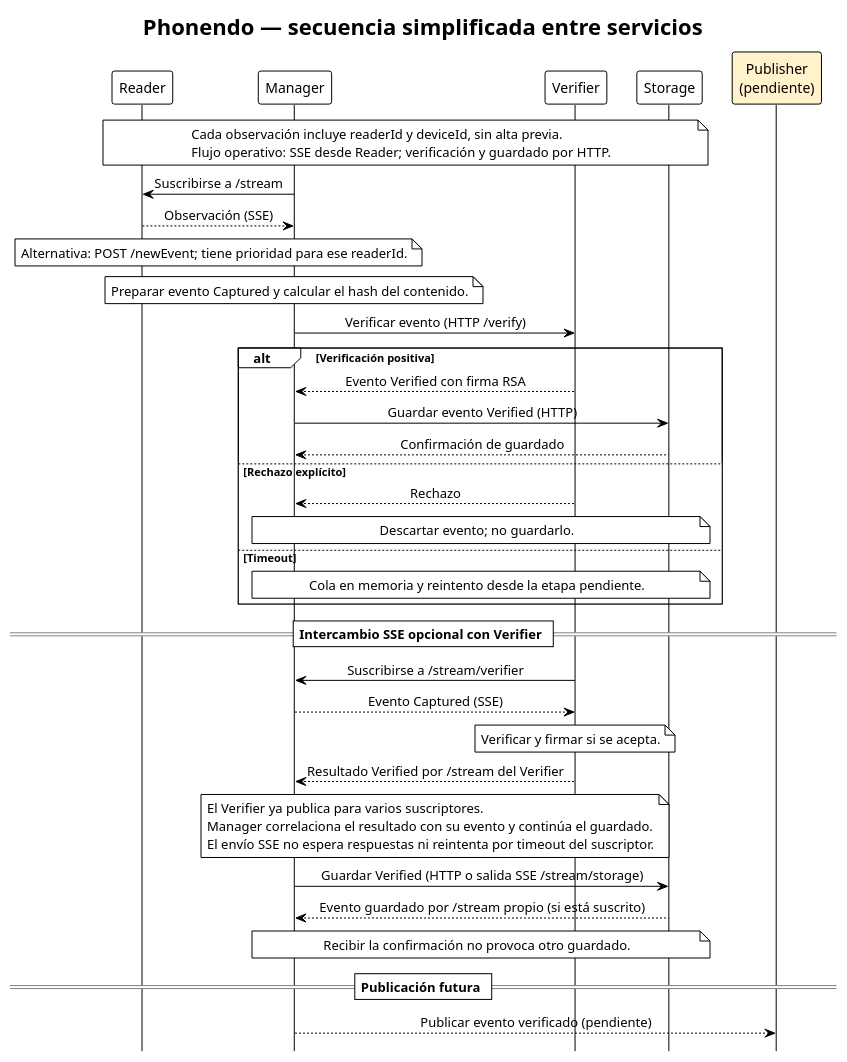
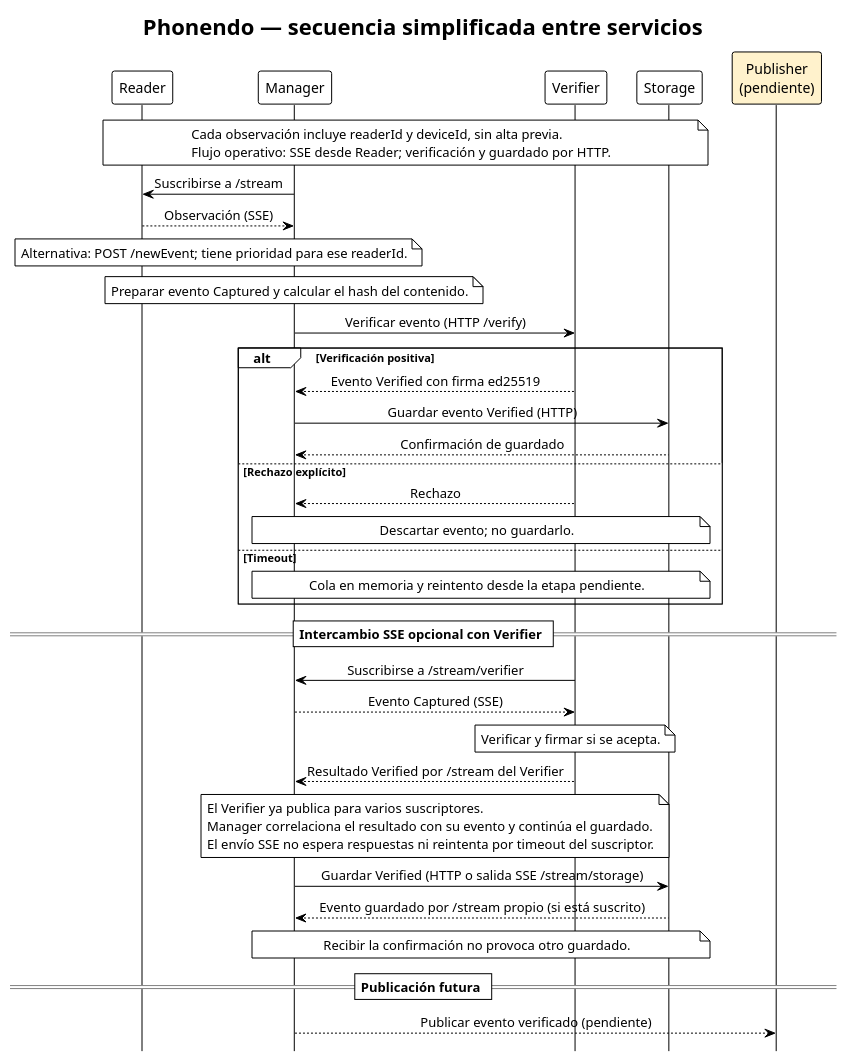
One commit to ParriCode/phonedo changed the diagram in docs/phonendo-secuencia.plantuml. Above: the diagram before and after it, drawn with PlantUML. The commit also changed 39 other files, not shown here.

Commit message:
Firma ed25519 del lote y de cada evento en el Verifier (POST /signBatch), claves y config.env fuera de git

```diff
--- a/docs/phonendo-secuencia.plantuml
+++ b/docs/phonendo-secuencia.plantuml
@@ -1,51 +1,51 @@
 @startuml phonendo_secuencia
 !theme plain
 hide footbox
 skinparam shadowing false
 skinparam sequenceMessageAlign center
 title Phonendo — secuencia simplificada entre servicios
 
 participant Reader as R
 participant Manager as M
 participant Verifier as V
 participant Storage as S
 participant "Publisher\n(pendiente)" as P #FFF2CC
 
 note over R,S
   Cada observación incluye readerId y deviceId, sin alta previa.
   Flujo operativo: SSE desde Reader; verificación y guardado por HTTP.
 end note
 M -> R : Suscribirse a /stream
 R --> M : Observación (SSE)
 note over R,M : Alternativa: POST /newEvent; tiene prioridad para ese readerId.
 note over M : Preparar evento Captured y calcular el hash del contenido.
 M -> V : Verificar evento (HTTP /verify)
 alt Verificación positiva
-  V --> M : Evento Verified con firma RSA
+  V --> M : Evento Verified con firma ed25519
   M -> S : Guardar evento Verified (HTTP)
   S --> M : Confirmación de guardado
 else Rechazo explícito
   V --> M : Rechazo
   note over M,S : Descartar evento; no guardarlo.
 else Timeout
   note over M,S : Cola en memoria y reintento desde la etapa pendiente.
 end
 
 == Intercambio SSE opcional con Verifier ==
 V -> M : Suscribirse a /stream/verifier
 M --> V : Evento Captured (SSE)
 note over V : Verificar y firmar si se acepta.
 V --> M : Resultado Verified por /stream del Verifier
 note over M,V
   El Verifier ya publica para varios suscriptores.
   Manager correlaciona el resultado con su evento y continúa el guardado.
   El envío SSE no espera respuestas ni reintenta por timeout del suscriptor.
 end note
 
 M -> S : Guardar Verified (HTTP o salida SSE /stream/storage)
 S --> M : Evento guardado por /stream propio (si está suscrito)
 note over M,S : Recibir la confirmación no provoca otro guardado.
 
 == Publicación futura ==
 M --> P : Publicar evento verificado (pendiente)
 @enduml
```
